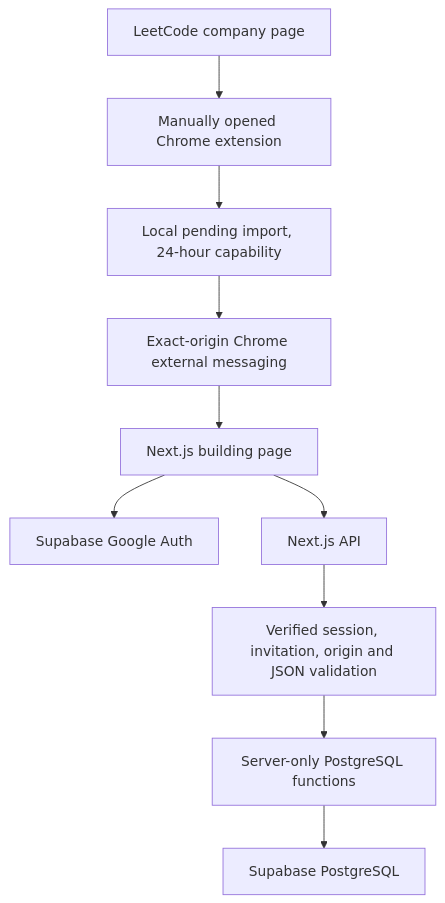
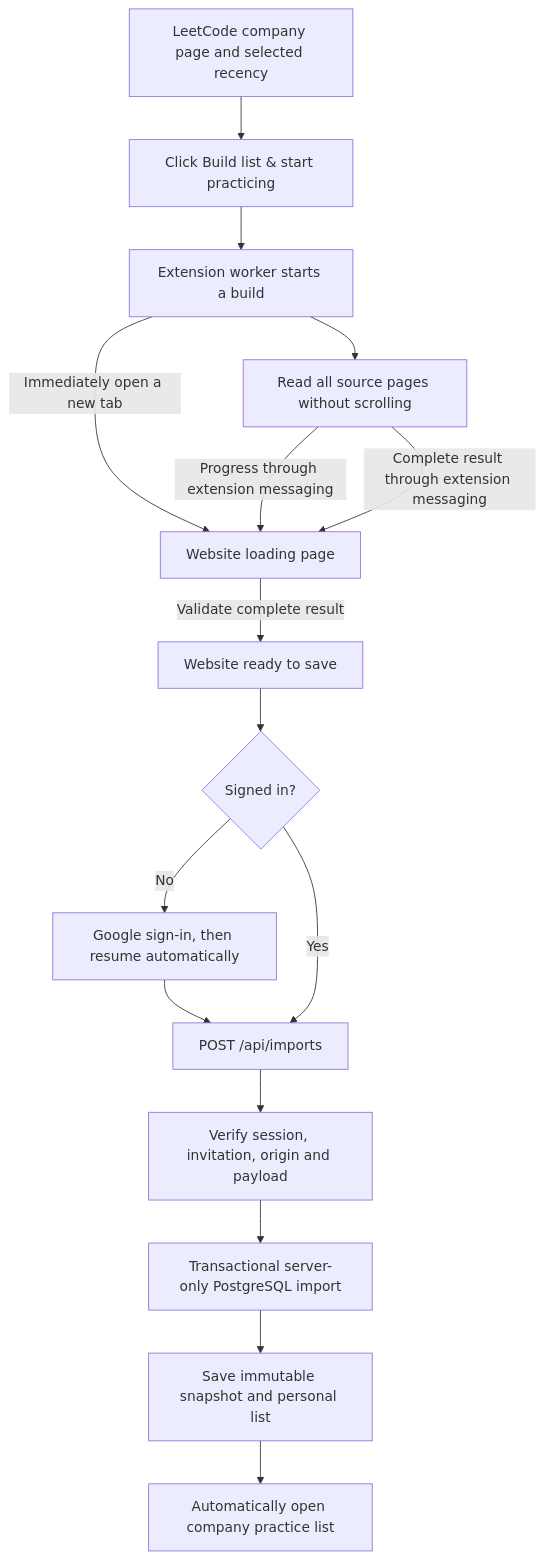
The first of 4 diagrams in docs/architecture.md (caixiuqi2013/leet-by-company), drawn with Mermaid before and after one commit. The commit also changed other lines of this file and 6 other files, not shown here.

Commit message:
Consolidate build flow into architecture documentation

````diff
--- a/docs/architecture.md
+++ b/docs/architecture.md
@@ -3,12 +8,18 @@
 ```mermaid
 flowchart TD
- LC[LeetCode company page] --> EXT[Manually opened Chrome extension]
- EXT --> LOCAL[Local pending import, 24-hour capability]
- LOCAL --> BRIDGE[Exact-origin Chrome external messaging]
- BRIDGE --> WEB[Next.js building page]
- WEB --> AUTH[Supabase Google Auth]
- WEB --> API[Next.js API]
- API --> GUARD[Verified session, invitation, origin and JSON validation]
- GUARD --> RPC[Server-only PostgreSQL functions]
- RPC --> DB[Supabase PostgreSQL]
+ LC[LeetCode company page and selected recency] --> CLICK[Click Build list & start practicing]
+ CLICK --> WORKER[Extension worker starts a build]
+ WORKER -->|Immediately open a new tab| WEB[Website loading page]
+ WORKER --> READ[Read all source pages without scrolling]
+ READ -->|Progress through extension messaging| WEB
+ READ -->|Complete result through extension messaging| WEB
+ WEB -->|Validate complete result| READY[Website ready to save]
+ READY --> SESSION{Signed in?}
+ SESSION -->|No| AUTH[Google sign-in, then resume automatically]
+ AUTH --> API[POST /api/imports]
+ SESSION -->|Yes| API
+ API --> GUARD[Verify session, invitation, origin and payload]
+ GUARD --> RPC[Transactional server-only PostgreSQL import]
+ RPC --> DB[Save immutable snapshot and personal list]
+ DB --> PRACTICE[Automatically open company practice list]
 ```
````
